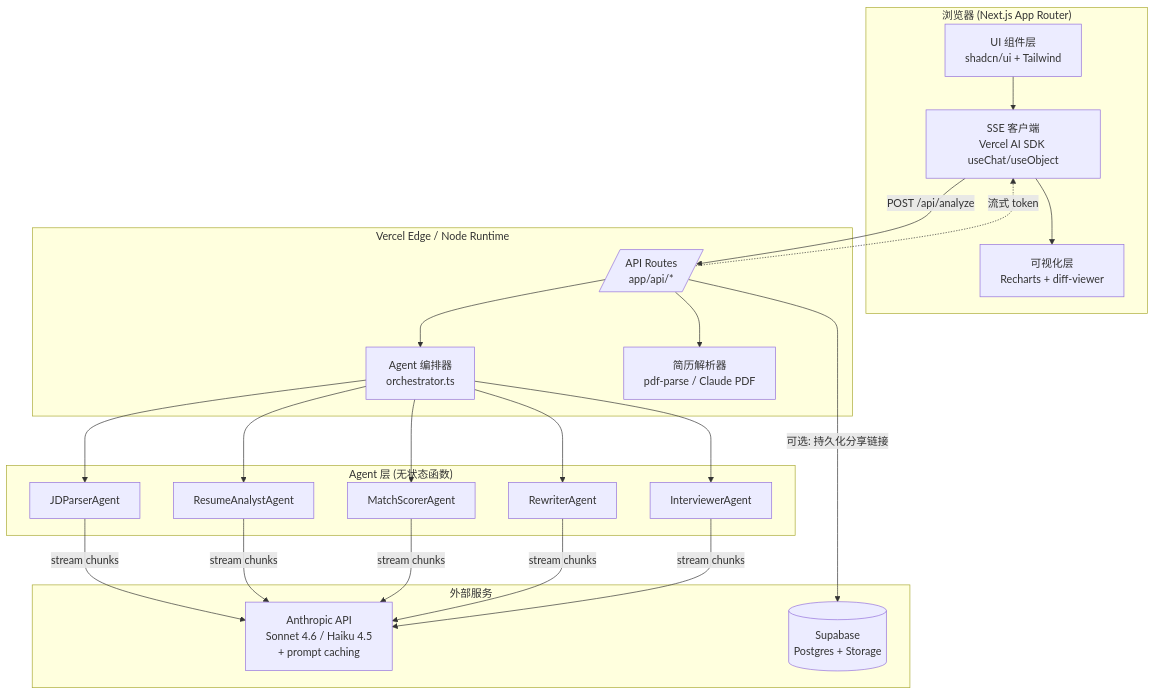
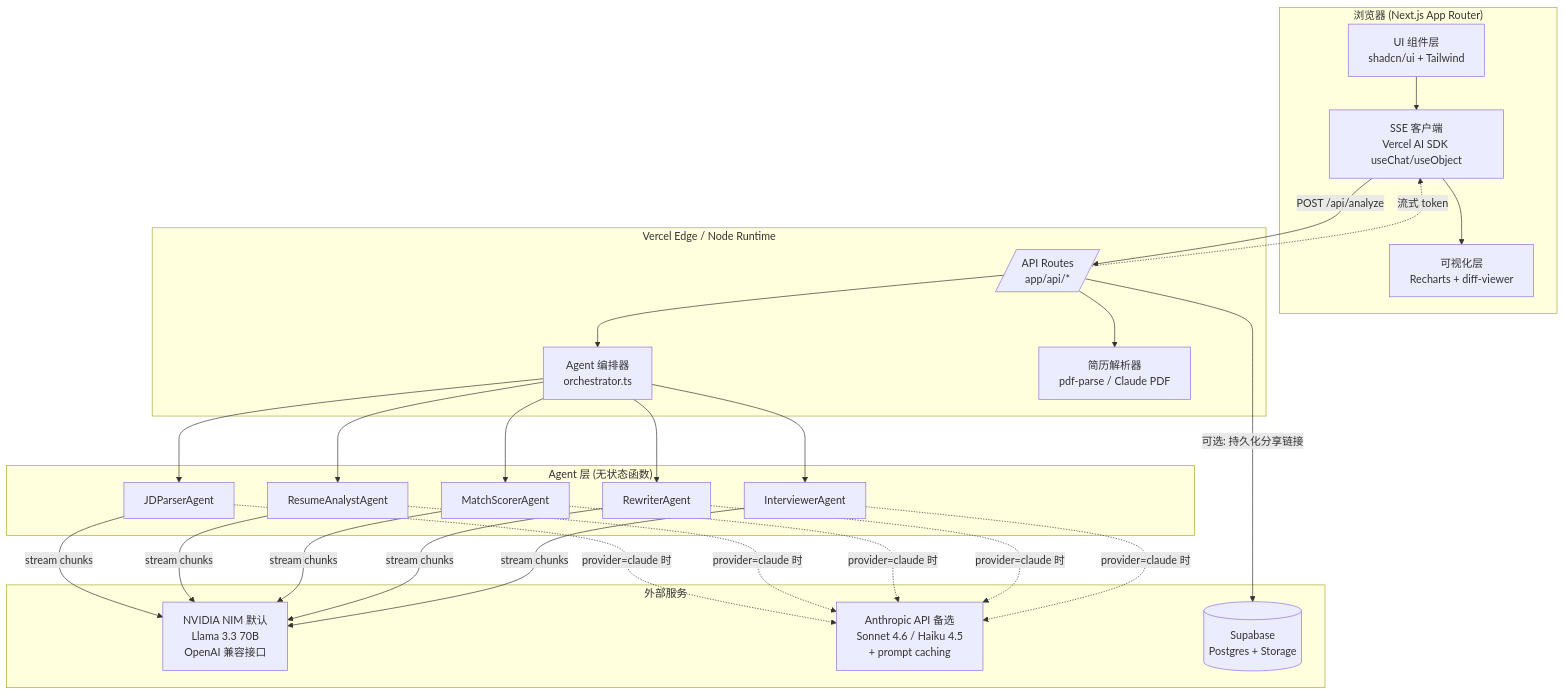
Before and after one commit to kinghy949/joblens: the first of 2 diagrams in docs/architecture.md, drawn with Mermaid. The commit also changed other lines of this file, not shown here.

Commit message:
Switch to dual-provider model layer (NVIDIA NIM Llama default, Anthropic fallback)

````diff
--- a/docs/architecture.md
+++ b/docs/architecture.md
@@ -10,37 +10,39 @@
 ```mermaid
 flowchart TB
     subgraph Client["浏览器 (Next.js App Router)"]
         UI[UI 组件层<br/>shadcn/ui + Tailwind]
         SSE[SSE 客户端<br/>Vercel AI SDK useChat/useObject]
         Viz[可视化层<br/>Recharts + diff-viewer]
     end
 
     subgraph Edge["Vercel Edge / Node Runtime"]
         API[/API Routes<br/>app/api/*/]
         Orch[Agent 编排器<br/>orchestrator.ts]
         Parse[简历解析器<br/>pdf-parse / Claude PDF]
     end
 
     subgraph Agents["Agent 层 (无状态函数)"]
         A1[JDParserAgent]
         A2[ResumeAnalystAgent]
         A3[MatchScorerAgent]
         A4[RewriterAgent]
         A5[InterviewerAgent]
     end
 
     subgraph External["外部服务"]
-        Claude[Anthropic API<br/>Sonnet 4.6 / Haiku 4.5<br/>+ prompt caching]
+        NIM[NVIDIA NIM 默认<br/>Llama 3.3 70B<br/>OpenAI 兼容接口]
+        Claude[Anthropic API 备选<br/>Sonnet 4.6 / Haiku 4.5<br/>+ prompt caching]
         Supa[(Supabase<br/>Postgres + Storage)]
     end
 
     UI --> SSE
     SSE -->|POST /api/analyze| API
     API --> Parse
     API --> Orch
     Orch --> A1 & A2 & A3 & A4 & A5
-    A1 & A2 & A3 & A4 & A5 -->|stream chunks| Claude
+    A1 & A2 & A3 & A4 & A5 -->|stream chunks| NIM
+    A1 & A2 & A3 & A4 & A5 -.->|provider=claude 时| Claude
     API -->|可选: 持久化分享链接| Supa
     API -.->|流式 token| SSE
     SSE --> Viz
 ```
````
